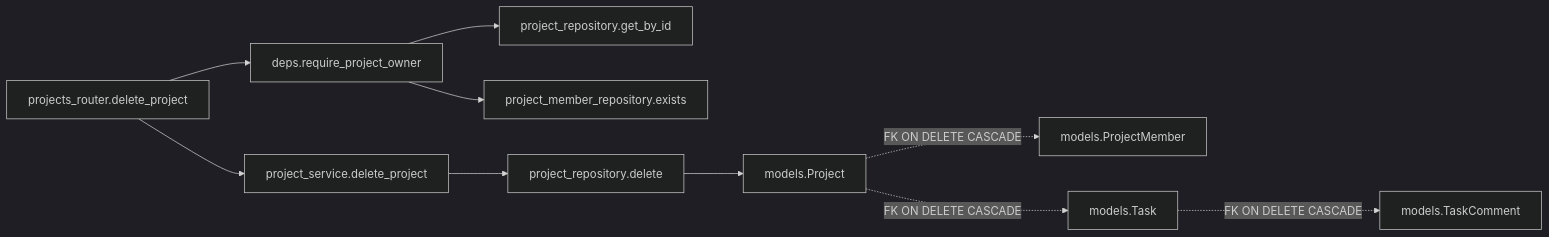
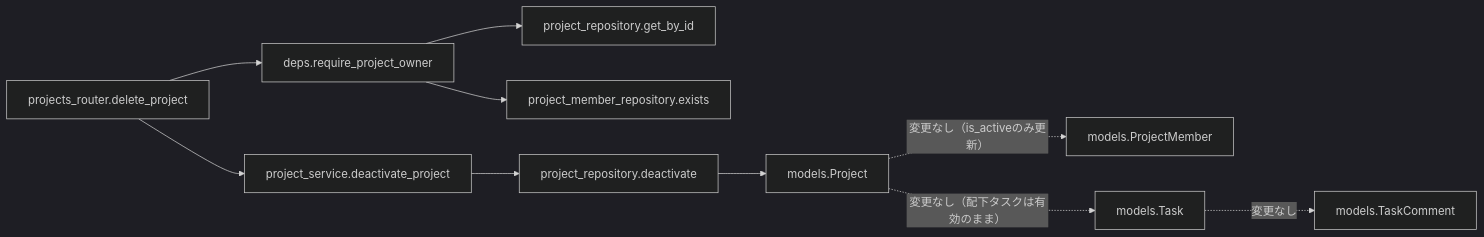
Before and after one commit to oikawa-d/task_management: the third of 4 diagrams in detailed_design/api/projects/05_delete_project.md, drawn with Mermaid (dark theme). The commit also changed other lines of this file and 25 other files, not shown here.

````diff
--- a/detailed_design/api/projects/05_delete_project.md
+++ b/detailed_design/api/projects/05_delete_project.md
@@ -145,12 +147,12 @@
 ```mermaid
 flowchart LR
     R["projects_router.delete_project"] --> D["deps.require_project_owner"]
     D --> RP1["project_repository.get_by_id"]
     D --> RP2["project_member_repository.exists"]
-    R --> S["project_service.delete_project"]
-    S --> RP3["project_repository.delete"]
+    R --> S["project_service.deactivate_project"]
+    S --> RP3["project_repository.deactivate"]
     RP3 --> M1["models.Project"]
-    M1 -.->|"FK ON DELETE CASCADE"| M2["models.ProjectMember"]
-    M1 -.->|"FK ON DELETE CASCADE"| M3["models.Task"]
-    M3 -.->|"FK ON DELETE CASCADE"| M4["models.TaskComment"]
+    M1 -.->|"変更なし（is_activeのみ更新）"| M2["models.ProjectMember"]
+    M1 -.->|"変更なし（配下タスクは有効のまま）"| M3["models.Task"]
+    M3 -.->|"変更なし"| M4["models.TaskComment"]
 ```
````
